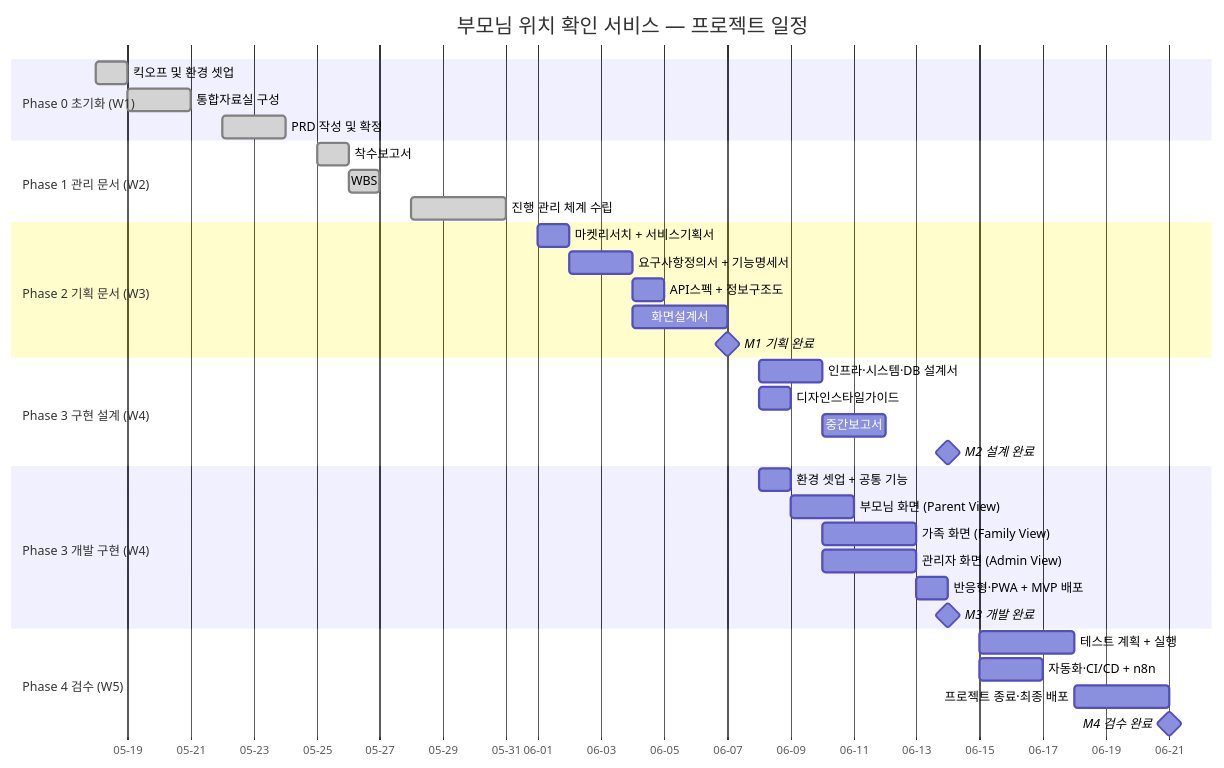
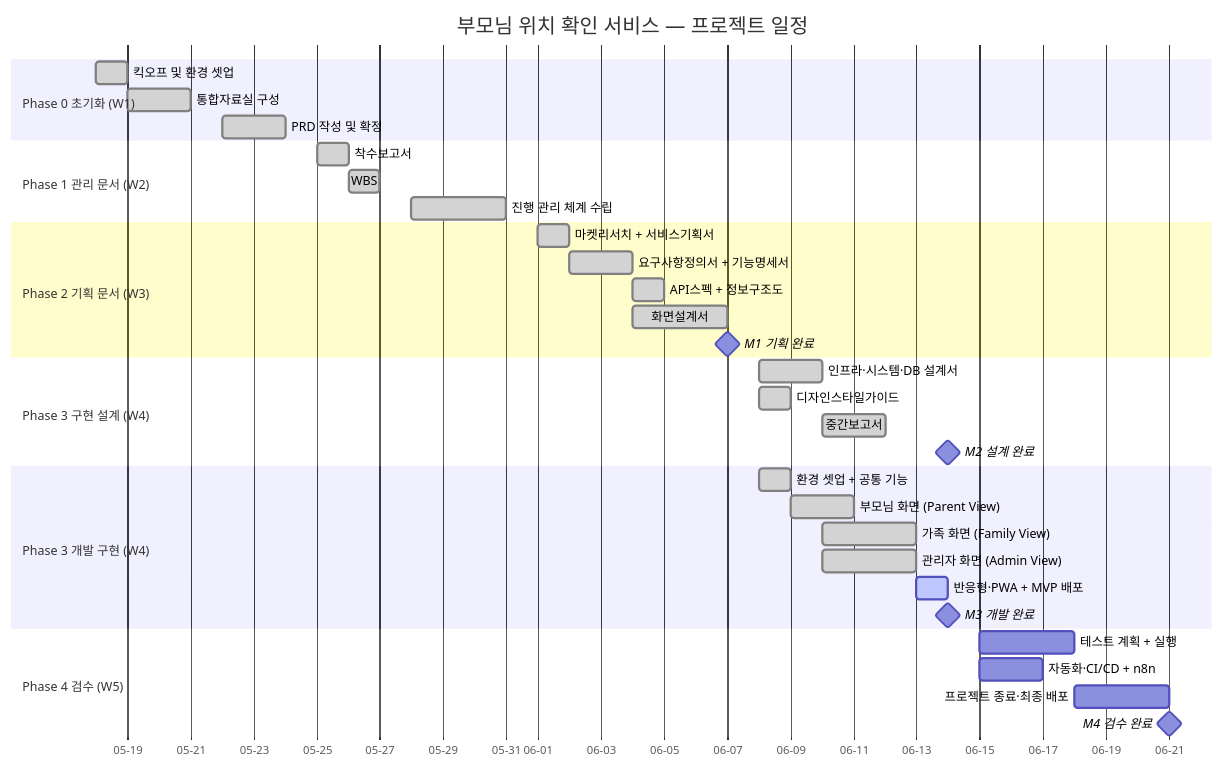
Before and after one commit to kbt8918/kbt-test-04: the diagram in 01.관리문서/WBS.md, drawn with Mermaid. The commit also changed other lines of this file and 57 other files, not shown here.

````diff
--- a/01.관리문서/WBS.md
+++ b/01.관리문서/WBS.md
@@ -19,43 +19,43 @@
 ```mermaid
 gantt
     title 부모님 위치 확인 서비스 — 프로젝트 일정
     dateFormat  YYYY-MM-DD
     axisFormat  %m-%d
 
     section Phase 0 초기화 (W1)
     킥오프 및 환경 셋업        :done,    p0a, 2026-05-18, 2026-05-19
     통합자료실 구성             :done,    p0b, 2026-05-19, 2026-05-21
     PRD 작성 및 확정           :done,    p0c, 2026-05-22, 2026-05-24
 
     section Phase 1 관리 문서 (W2)
     착수보고서                  :done,    p1a, 2026-05-25, 2026-05-26
     WBS                        :done,    p1b, 2026-05-26, 2026-05-27
     진행 관리 체계 수립         :done,    p1c, 2026-05-28, 2026-05-31
 
     section Phase 2 기획 문서 (W3)
-    마켓리서치 + 서비스기획서   :         p2a, 2026-06-01, 2026-06-02
-    요구사항정의서 + 기능명세서  :         p2b, 2026-06-02, 2026-06-04
-    API스펙 + 정보구조도        :         p2c, 2026-06-04, 2026-06-05
-    화면설계서                  :         p2d, 2026-06-04, 2026-06-07
+    마켓리서치 + 서비스기획서   :done,    p2a, 2026-06-01, 2026-06-02
+    요구사항정의서 + 기능명세서  :done,    p2b, 2026-06-02, 2026-06-04
+    API스펙 + 정보구조도        :done,    p2c, 2026-06-04, 2026-06-05
+    화면설계서                  :done,    p2d, 2026-06-04, 2026-06-07
     M1 기획 완료               :milestone, m1, 2026-06-07, 0d
 
     section Phase 3 구현 설계 (W4)
-    인프라·시스템·DB 설계서     :         p3a, 2026-06-08, 2026-06-10
-    디자인스타일가이드           :         p3b, 2026-06-08, 2026-06-09
-    중간보고서                  :         p3c, 2026-06-10, 2026-06-12
+    인프라·시스템·DB 설계서     :done,    p3a, 2026-06-08, 2026-06-10
+    디자인스타일가이드           :done,    p3b, 2026-06-08, 2026-06-09
+    중간보고서                  :done,    p3c, 2026-06-10, 2026-06-12
     M2 설계 완료               :milestone, m2, 2026-06-14, 0d
 
     section Phase 3 개발 구현 (W4)
-    환경 셋업 + 공통 기능       :         p4a, 2026-06-08, 2026-06-09
-    부모님 화면 (Parent View)   :         p4b, 2026-06-09, 2026-06-11
-    가족 화면 (Family View)     :         p4c, 2026-06-10, 2026-06-13
-    관리자 화면 (Admin View)    :         p4d, 2026-06-10, 2026-06-13
-    반응형·PWA + MVP 배포       :         p4e, 2026-06-13, 2026-06-14
+    환경 셋업 + 공통 기능       :done,    p4a, 2026-06-08, 2026-06-09
+    부모님 화면 (Parent View)   :done,    p4b, 2026-06-09, 2026-06-11
+    가족 화면 (Family View)     :done,    p4c, 2026-06-10, 2026-06-13
+    관리자 화면 (Admin View)    :done,    p4d, 2026-06-10, 2026-06-13
+    반응형·PWA + MVP 배포       :active,  p4e, 2026-06-13, 2026-06-14
     M3 개발 완료               :milestone, m3, 2026-06-14, 0d
 
     section Phase 4 검수 (W5)
     테스트 계획 + 실행          :         p5a, 2026-06-15, 2026-06-18
     자동화·CI/CD + n8n         :         p5b, 2026-06-15, 2026-06-17
     프로젝트 종료·최종 배포     :         p5c, 2026-06-18, 2026-06-21
     M4 검수 완료               :milestone, m4, 2026-06-21, 0d
 ```
````
